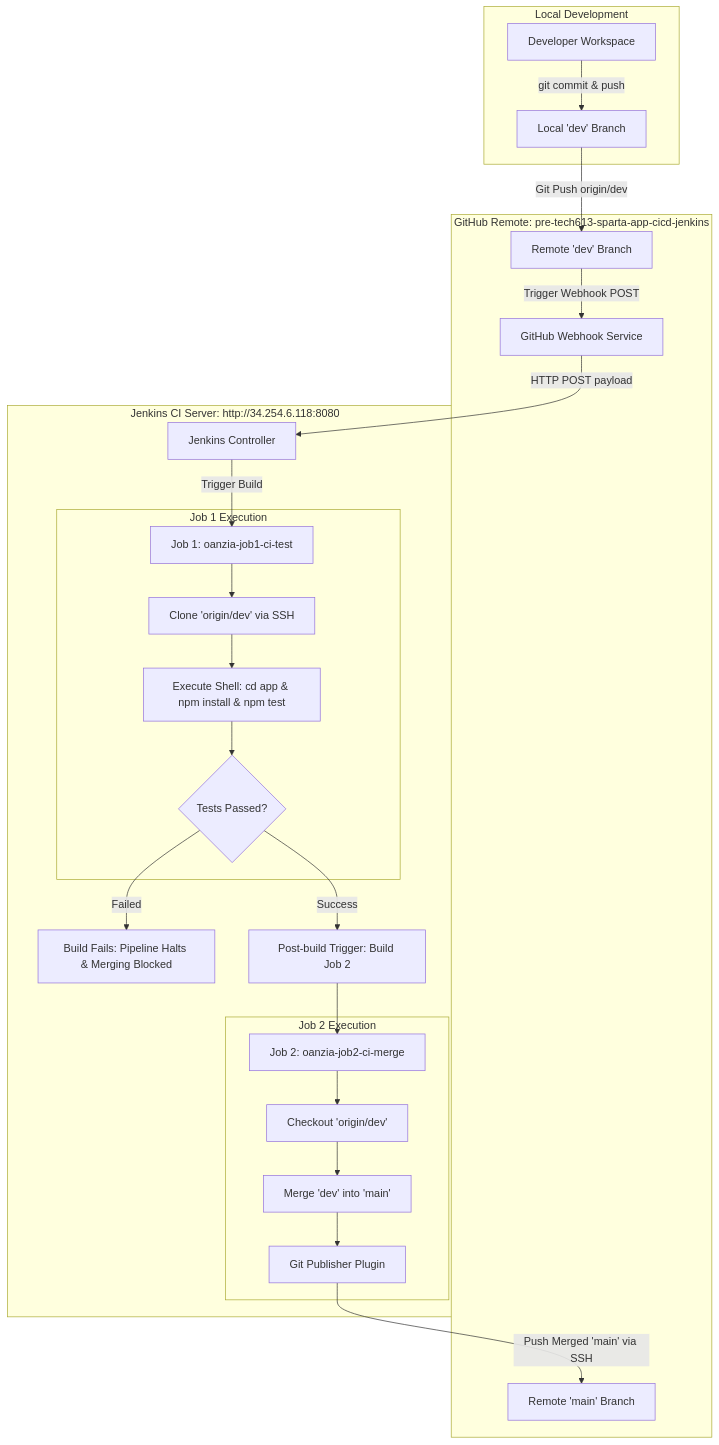
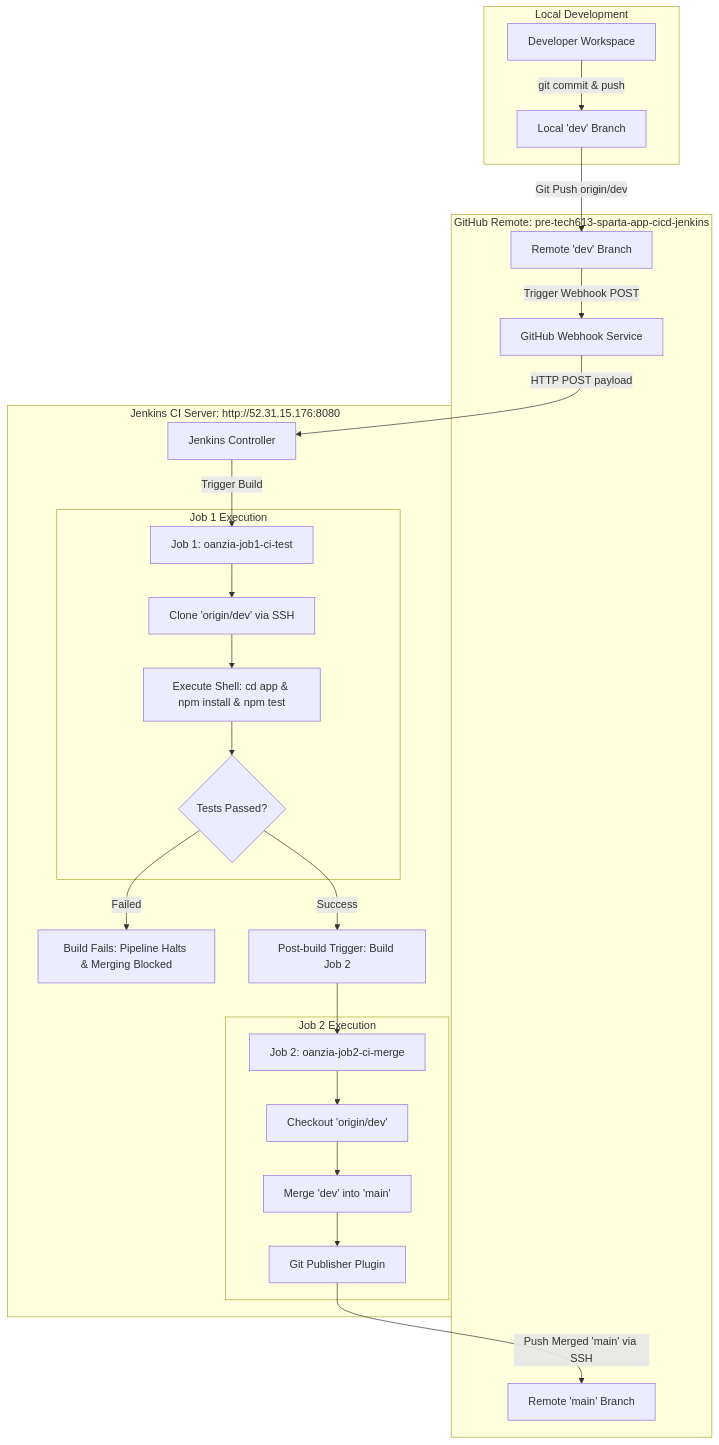
The first of 2 diagrams in CI_CD_DOCUMENTATION.md (oanzia99/pre-tech613-sparta-app-cicd-jenkins), drawn with Mermaid before and after one commit. The commit also changed other lines of this file, not shown here.

Commit message:
docs: update jenkins server ip to 52.31.15.176

````diff
--- a/CI_CD_DOCUMENTATION.md
+++ b/CI_CD_DOCUMENTATION.md
@@ -42,36 +42,36 @@
 ```mermaid
 flowchart TD
     subgraph Local Development
         Dev[Developer Workspace] -->|git commit & push| DevBranch[Local 'dev' Branch]
     end
 
     subgraph GitHub Remote: pre-tech613-sparta-app-cicd-jenkins
         DevBranch -->|Git Push origin/dev| GHDev[Remote 'dev' Branch]
         GHDev -->|Trigger Webhook POST| Webhook[GitHub Webhook Service]
         GHMain[Remote 'main' Branch]
     end
 
-    subgraph Jenkins CI Server: http://34.254.6.118:8080
+    subgraph Jenkins CI Server: http://52.31.15.176:8080
         Webhook -->|HTTP POST payload| JServer[Jenkins Controller]
         JServer -->|Trigger Build| Job1["Job 1: oanzia-job1-ci-test"]
         
         subgraph Job 1 Execution
             Job1 --> SCM1[Clone 'origin/dev' via SSH]
             SCM1 --> Shell1[Execute Shell: cd app & npm install & npm test]
             Shell1 --> TestCheck{Tests Passed?}
         end
         
         TestCheck -- Failed --> FailureAlert[Build Fails: Pipeline Halts & Merging Blocked]
         TestCheck -- Success --> TriggerJob2[Post-build Trigger: Build Job 2]
         
         TriggerJob2 --> Job2["Job 2: oanzia-job2-ci-merge"]
         
         subgraph Job 2 Execution
             Job2 --> SCM2[Checkout 'origin/dev']
             SCM2 --> MergeAction[Merge 'dev' into 'main']
             MergeAction --> GitPublisher[Git Publisher Plugin]
         end
     end
 
     GitPublisher -->|Push Merged 'main' via SSH| GHMain
 ```
````
